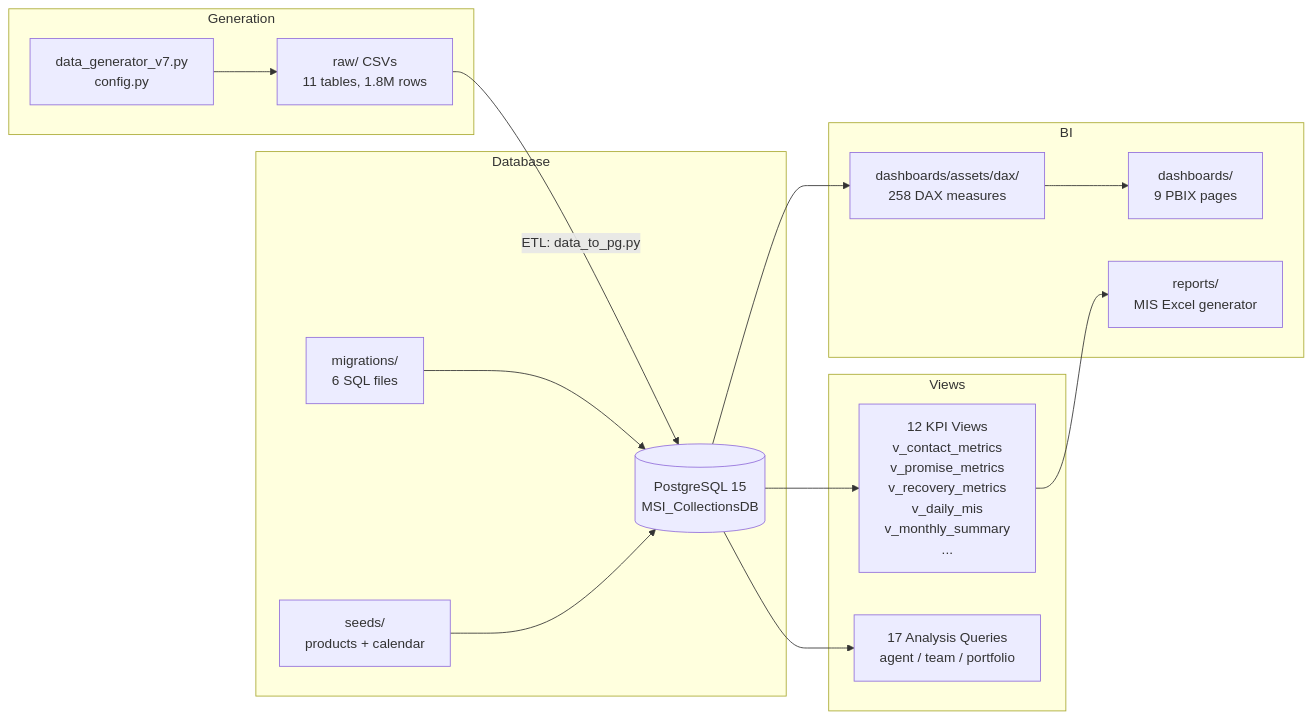
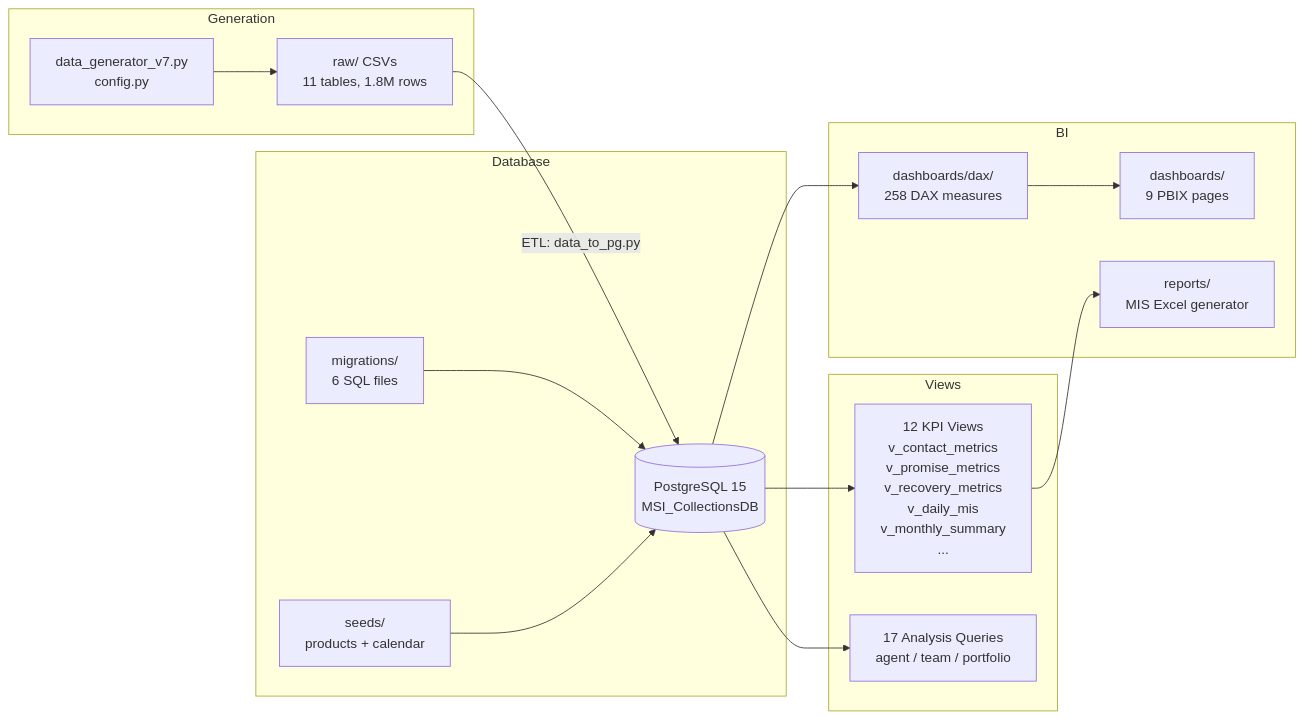
The diagram in README.md (rtrlpz/MIS-COLLECTIONS), drawn with Mermaid before and after one commit. The commit also changed other lines of this file and 152 other files, not shown here.

````diff
--- a/README.md
+++ b/README.md
@@ -80,30 +80,30 @@
 ```mermaid
 flowchart LR
     subgraph Generation
         G[data_generator_v7.py<br/>config.py]
         CSV[raw/ CSVs<br/>11 tables, 1.8M rows]
     end
     subgraph Database
         PG[(PostgreSQL 15<br/>MSI_CollectionsDB)]
         MIG[migrations/<br/>6 SQL files]
         SEED[seeds/<br/>products + calendar]
     end
     subgraph Views
         V[12 KPI Views<br/>v_contact_metrics<br/>v_promise_metrics<br/>v_recovery_metrics<br/>v_daily_mis<br/>v_monthly_summary<br/>...]
         A[17 Analysis Queries<br/>agent / team / portfolio]
     end
     subgraph BI
-        DAX[dashboards/assets/dax/<br/>258 DAX measures]
+        DAX[dashboards/dax/<br/>258 DAX measures]
         PBI[dashboards/<br/>9 PBIX pages]
         EXCEL[reports/<br/>MIS Excel generator]
     end
     G --> CSV
     CSV -->|ETL: data_to_pg.py| PG
     MIG --> PG
     SEED --> PG
     PG --> V
     PG --> A
     PG --> DAX
     DAX --> PBI
     V --> EXCEL
 ```
````
